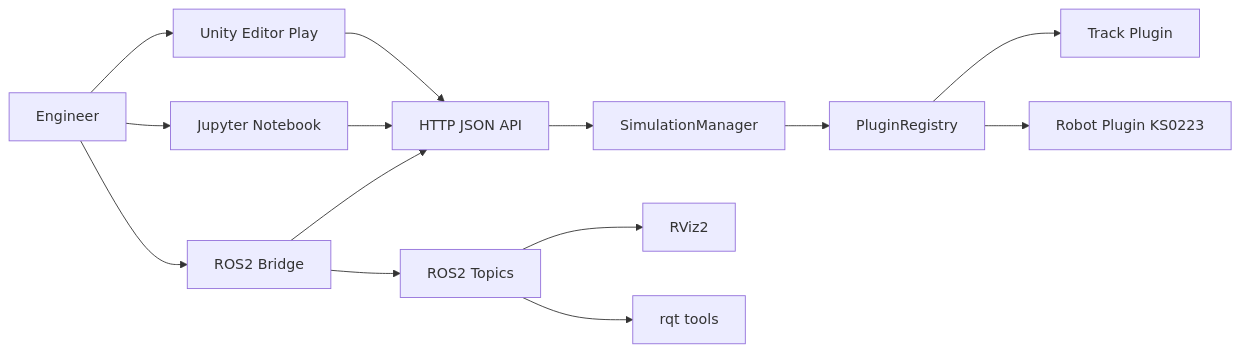
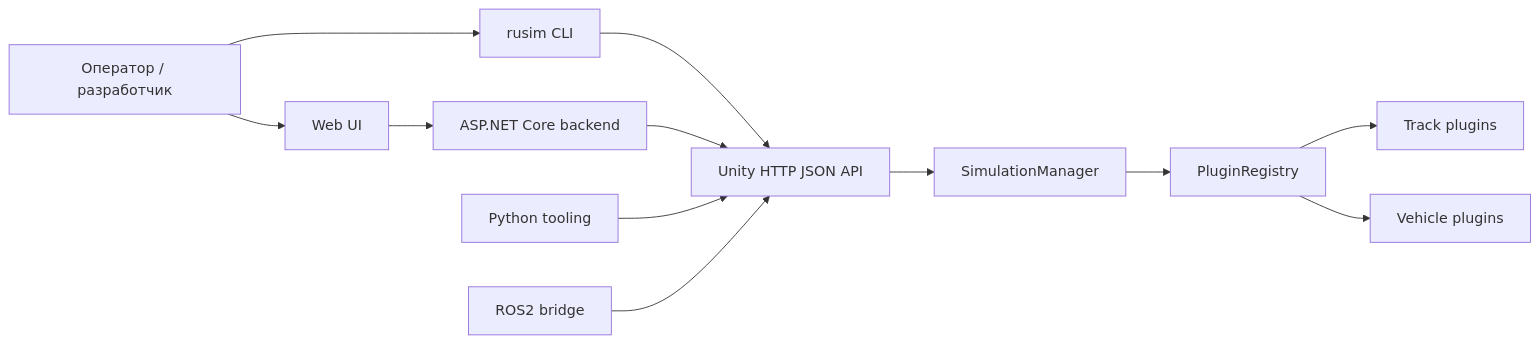
The first of 2 diagrams in docs/architecture.md (uav-simulator/uavsimulator), drawn with Mermaid before and after one commit. The commit also changed other lines of this file and 27 other files, not shown here.

````diff
--- a/docs/architecture.md
+++ b/docs/architecture.md
@@ -15,16 +16,14 @@
 ```mermaid
 flowchart LR
-    User["Engineer"] --> Unity["Unity Editor Play"]
-    User --> Notebook["Jupyter Notebook"]
-    Unity --> Api["HTTP JSON API"]
-    Notebook --> Api
-    Api --> SimCore["SimulationManager"]
+    User["Оператор / разработчик"] --> UI["Web UI"]
+    User --> CLI["rusim CLI"]
+    UI --> Backend["ASP.NET Core backend"]
+    CLI --> RuntimeApi["Unity HTTP JSON API"]
+    Backend --> RuntimeApi
+    RuntimeApi --> SimCore["SimulationManager"]
     SimCore --> Plugins["PluginRegistry"]
-    Plugins --> Track["Track Plugin"]
-    Plugins --> Robot["Robot Plugin KS0223"]
-    User --> RosBridge["ROS2 Bridge"]
-    RosBridge --> Api
-    RosBridge --> RosTopics["ROS2 Topics"]
-    RosTopics --> Rviz["RViz2"]
-    RosTopics --> Rqt["rqt tools"]
+    Plugins --> Track["Track plugins"]
+    Plugins --> Vehicle["Vehicle plugins"]
+    Python["Python tooling"] --> RuntimeApi
+    ROS2["ROS2 bridge"] --> RuntimeApi
 ```
````
